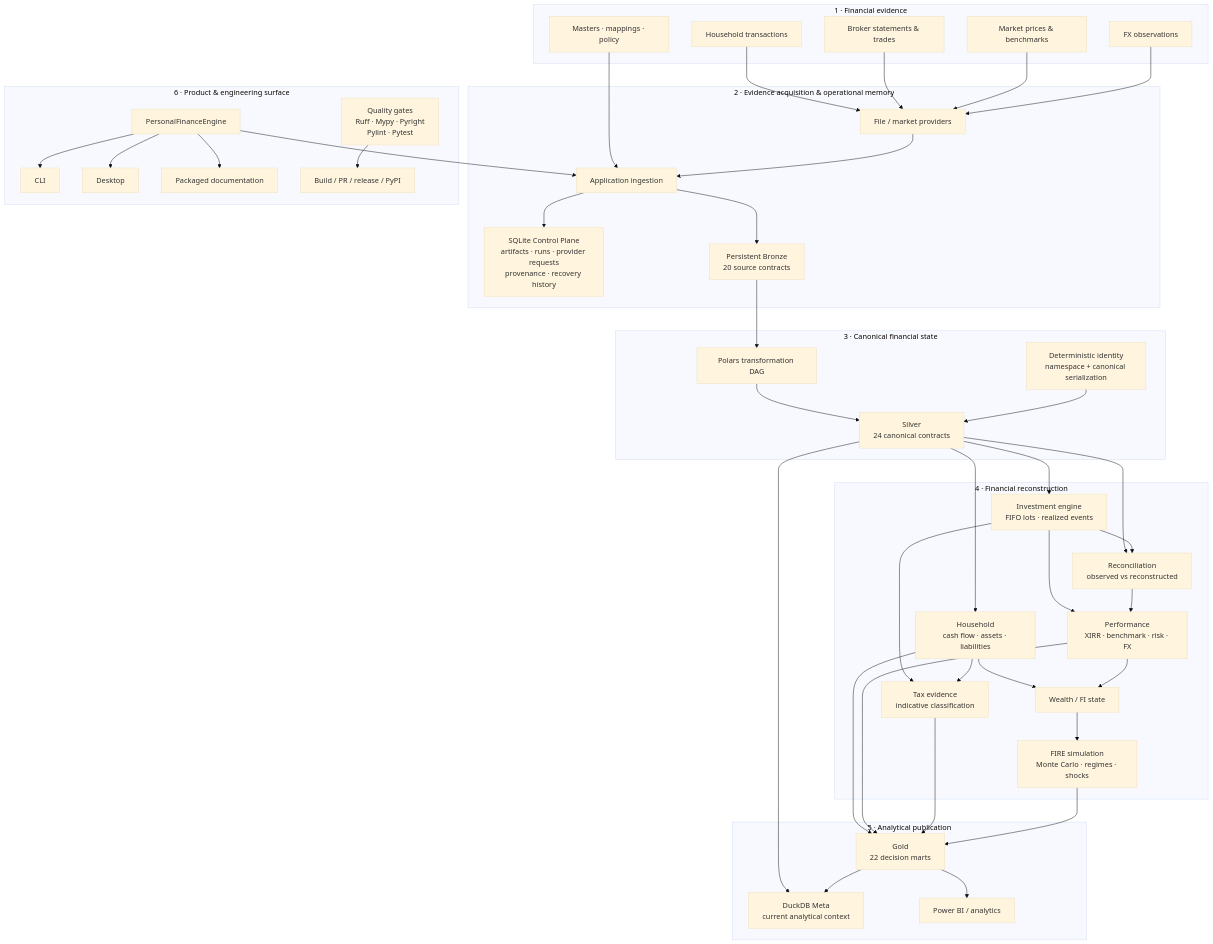
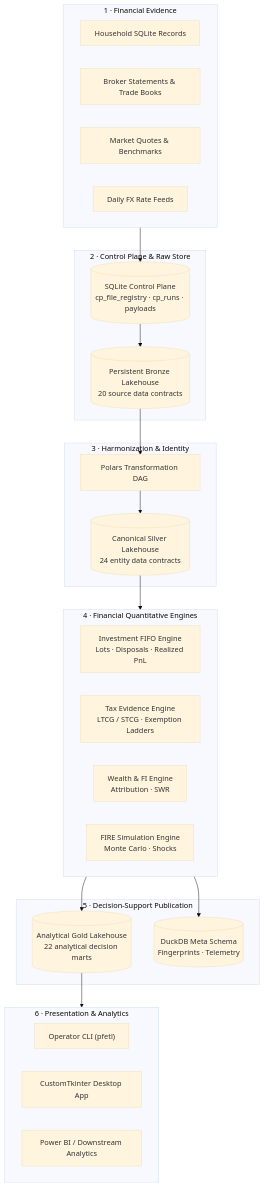
Before and after one commit to tks18/personal-finance-etl: the diagram in README.md, drawn with Mermaid (base theme). The commit also changed other lines of this file, not shown here.

Commit message:
docs(readme): rewrite root documentation into concise platform reference

````diff
--- a/README.md
+++ b/README.md
@@ -46,83 +26,46 @@
 ```mermaid
-flowchart TB
-    subgraph EVIDENCE["1 · Financial evidence"]
-        HH["Household transactions"]
-        BRK["Broker statements & trades"]
-        MKT["Market prices & benchmarks"]
-        FX["FX observations"]
-        REF["Masters · mappings · policy"]
+flowchart TD
+    subgraph EVIDENCE["1 · Financial Evidence"]
+        HH["Household SQLite Records"]
+        BRK["Broker Statements & Trade Books"]
+        MKT["Market Quotes & Benchmarks"]
+        FX["Daily FX Rate Feeds"]
     end
 
-    subgraph INGEST["2 · Evidence acquisition & operational memory"]
-        PROV["File / market providers"]
-        APPING["Application ingestion"]
-        CP["SQLite Control Plane\nartifacts · runs · provider requests\nprovenance · recovery history"]
-        BRONZE["Persistent Bronze\n20 source contracts"]
+    subgraph CONTROL["2 · Control Plane & Raw Store"]
+        CP[("SQLite Control Plane\ncp_file_registry · cp_runs · payloads")]
+        BRONZE[("Persistent Bronze Lakehouse\n20 source data contracts")]
     end
 
-    subgraph CANON["3 · Canonical financial state"]
-        DAG["Polars transformation DAG"]
-        SILVER["Silver\n24 canonical contracts"]
-        ID["Deterministic identity\nnamespace + canonical serialization"]
+    subgraph CANON["3 · Harmonization & Identity"]
+        DAG["Polars Transformation DAG"]
+        SILVER[("Canonical Silver Lakehouse\n24 entity data contracts")]
     end
 
-    subgraph DOMAIN["4 · Financial reconstruction"]
-        HHDOM["Household\ncash flow · assets · liabilities"]
-        LOTS["Investment engine\nFIFO lots · realized events"]
-        RECON["Reconciliation\nobserved vs reconstructed"]
-        PERF["Performance\nXIRR · benchmark · risk · FX"]
-        TAX["Tax evidence\nindicative classification"]
-        WEALTH["Wealth / FI state"]
-        FIRE["FIRE simulation\nMonte Carlo · regimes · shocks"]
+    subgraph DOMAIN["4 · Financial Quantitative Engines"]
+        FIFO["Investment FIFO Engine\nLots · Disposals · Realized PnL"]
+        TAX["Tax Evidence Engine\nLTCG / STCG · Exemption Ladders"]
+        WEALTH["Wealth & FI Engine\nAttribution · SWR"]
+        MC["FIRE Simulation Engine\nMonte Carlo · Shocks"]
     end
 
-    subgraph PUBLISH["5 · Analytical publication"]
-        GOLD["Gold\n22 decision marts"]
-        META["DuckDB Meta\ncurrent analytical context"]
-        BI["Power BI / analytics"]
+    subgraph PUBLISH["5 · Decision-Support Publication"]
+        GOLD[("Analytical Gold Lakehouse\n22 analytical decision marts")]
+        META[("DuckDB Meta Schema\nFingerprints · Telemetry")]
     end
 
-    subgraph PRODUCT["6 · Product & engineering surface"]
-        FACADE["PersonalFinanceEngine"]
-        CLI["CLI"]
-        DESK["Desktop"]
-        DOCS["Packaged documentation"]
-        QA["Quality gates\nRuff · Mypy · Pyright\nPylint · Pytest"]
-        REL["Build / PR / release / PyPI"]
+    subgraph CONSUME["6 · Presentation & Analytics"]
+        CLI["Operator CLI (pfetl)"]
+        DESK["CustomTkinter Desktop App"]
+        BI["Power BI / Downstream Analytics"]
     end
 
-    HH --> PROV
-    BRK --> PROV
-    MKT --> PROV
-    FX --> PROV
-    REF --> APPING
-    PROV --> APPING
-    APPING --> CP
-    APPING --> BRONZE
+    EVIDENCE --> CP
+    CP --> BRONZE
     BRONZE --> DAG
     DAG --> SILVER
-    ID --> SILVER
-    SILVER --> HHDOM
-    SILVER --> LOTS
-    SILVER --> RECON
-    LOTS --> RECON
-    LOTS --> PERF
-    RECON --> PERF
-    LOTS --> TAX
-    HHDOM --> TAX
-    HHDOM --> WEALTH
-    PERF --> WEALTH
-    WEALTH --> FIRE
-    HHDOM --> GOLD
-    PERF --> GOLD
-    TAX --> GOLD
-    FIRE --> GOLD
-    GOLD --> BI
-    SILVER --> META
-    GOLD --> META
-    FACADE --> APPING
-    FACADE --> CLI
-    FACADE --> DESK
-    FACADE --> DOCS
-    QA --> REL
+    SILVER --> DOMAIN
+    DOMAIN --> GOLD
+    DOMAIN --> META
+    GOLD --> CONSUME
 ```
````
